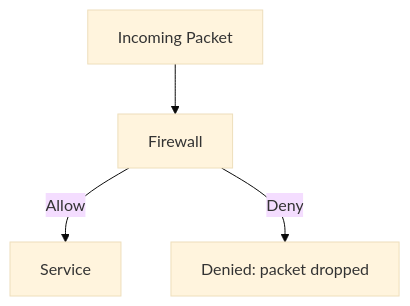
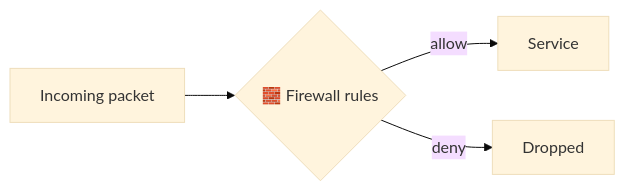
One commit to RyanM-Dev/My-Summery changed the eighth of 12 diagrams in DevOps/NaNa/Linux/6. Networking Fundamentals.md. Above: the diagram before and after it, drawn with Mermaid (base theme). The commit also changed other lines of this file and 16 other files, not shown here.

````diff
--- a/DevOps/NaNa/Linux/6. Networking Fundamentals.md
+++ b/DevOps/NaNa/Linux/6. Networking Fundamentals.md
@@ -837,10 +451,6 @@
 ```mermaid
-flowchart TD
-    N0["Incoming Packet"]
-    N1["Firewall"]
-    N2["Service"]
-    N3["Denied: packet dropped"]
-    N0 --> N1
-    N1 -->|Allow| N2
-    N1 -->|Deny| N3
+flowchart LR
+    P["Incoming packet"] --> F{"🧱 Firewall rules"}
+    F -->|allow| S["Service"]
+    F -->|deny| X["Dropped"]
 ```
````
